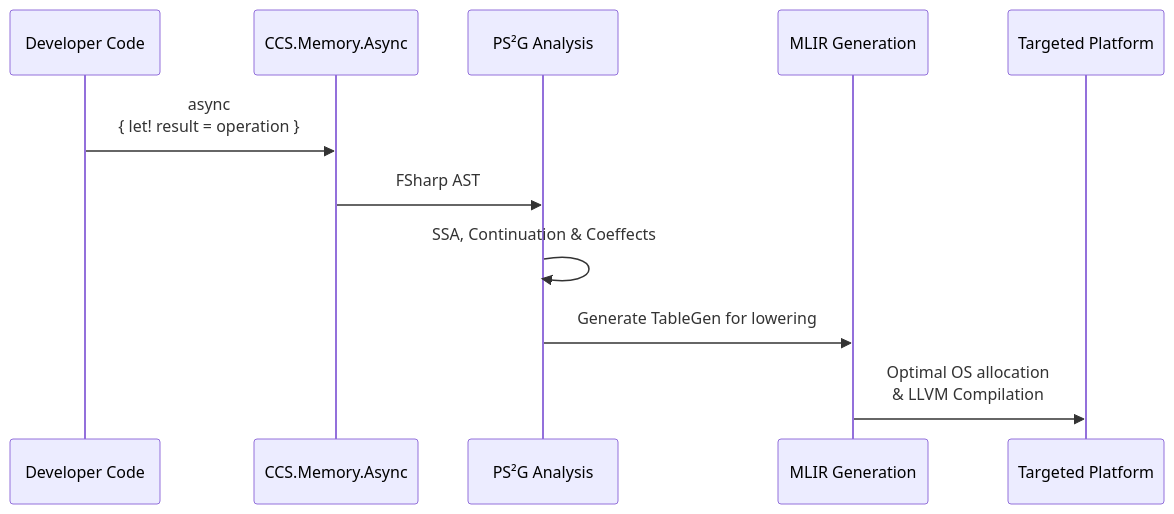
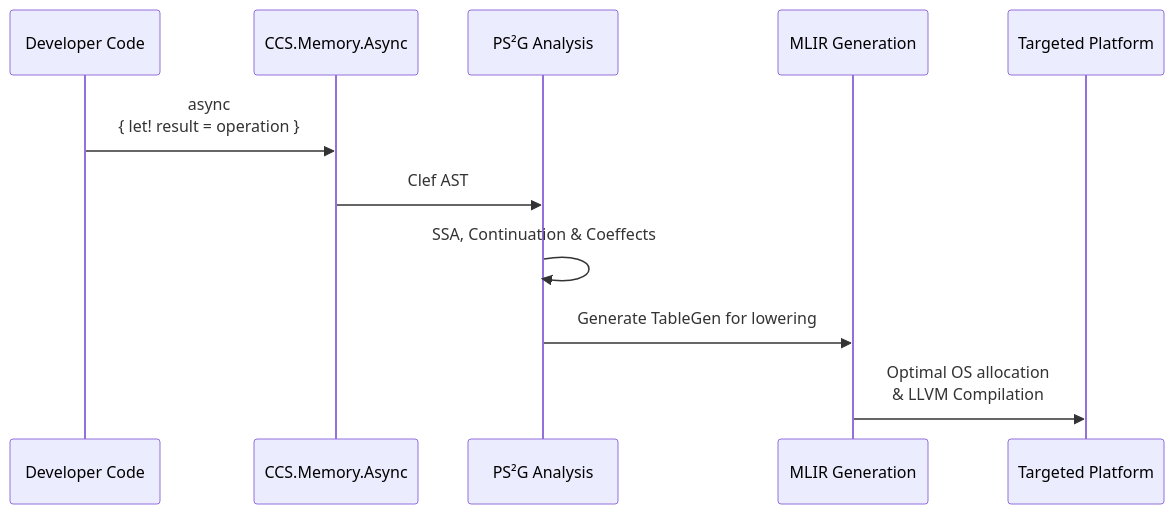
One commit to FidelityFramework/clef-lang-site changed the third of 5 diagrams in hugo/content/docs/design/memory/beyond-zero-allocation.md. Above: the diagram before and after it, drawn with Mermaid. The commit also changed 18 other files, not shown here.

````diff
--- a/hugo/content/docs/design/memory/beyond-zero-allocation.md
+++ b/hugo/content/docs/design/memory/beyond-zero-allocation.md
@@ -142,14 +142,14 @@
 ```mermaid
 sequenceDiagram
     participant Dev as Developer Code
     participant Lib as CCS.Memory.Async
     participant PS²G as PS²G Analysis
     participant MLIR as MLIR Generation
     participant OS as Targeted Platform
 
     Dev->>Lib: async <br>{ let! result = operation }
-    Lib->>PS²G: FSharp AST
+    Lib->>PS²G: Clef AST
     PS²G->>PS²G: SSA, Continuation & Coeffects
     PS²G->>MLIR: Generate TableGen for lowering
     MLIR->>OS: Optimal OS allocation<br>& LLVM Compilation
 ```
````
